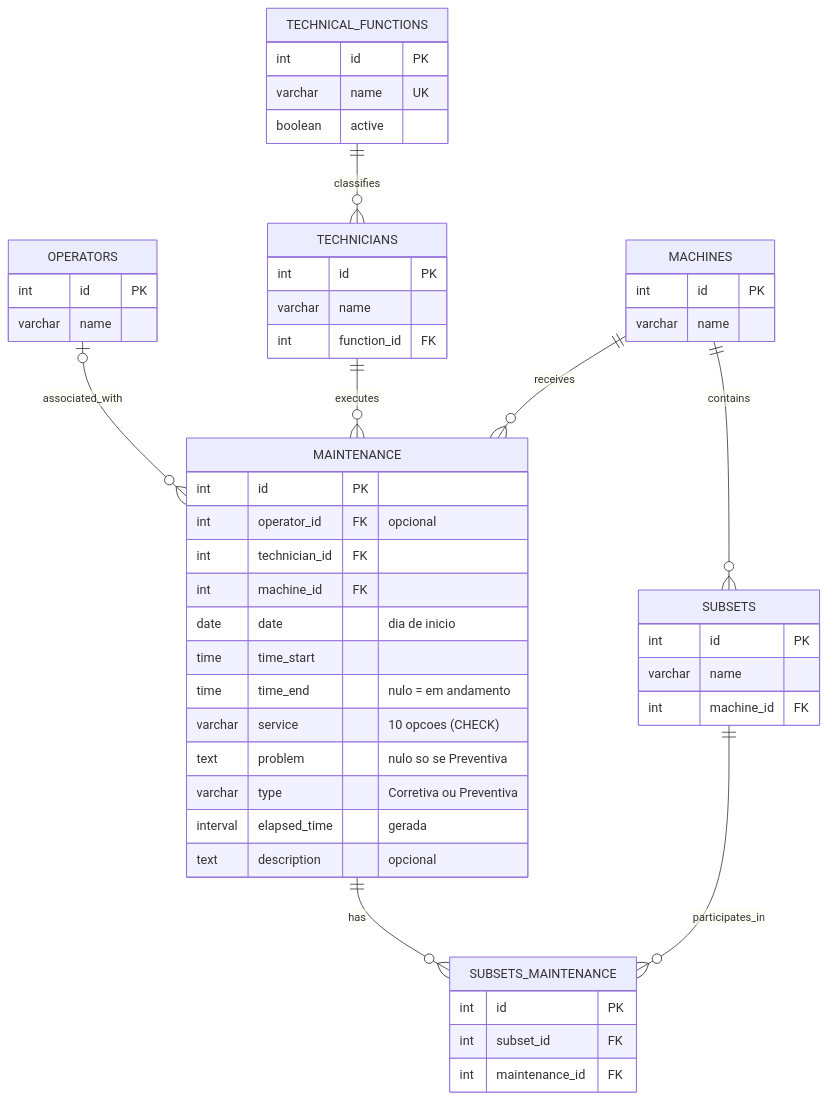
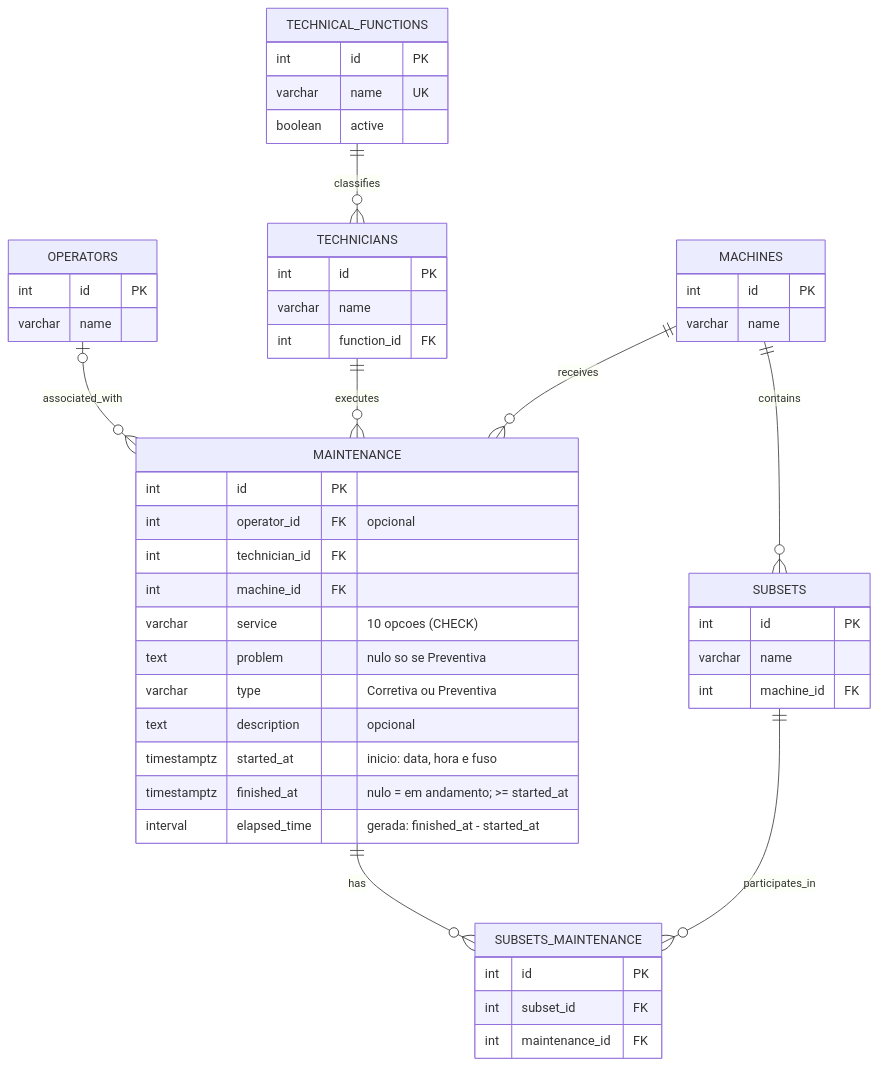
One commit to hrslv-dev/cmms-project changed the diagram in CLAUDE.md. Above: the diagram before and after it, drawn with Mermaid. The commit also changed other lines of this file and 6 other files, not shown here.

````diff
--- a/CLAUDE.md
+++ b/CLAUDE.md
@@ -115,53 +115,52 @@
 ```mermaid
 erDiagram
     TECHNICAL_FUNCTIONS ||--o{ TECHNICIANS : classifies
     OPERATORS |o--o{ MAINTENANCE : associated_with
     TECHNICIANS ||--o{ MAINTENANCE : executes
     MACHINES ||--o{ MAINTENANCE : receives
     MACHINES ||--o{ SUBSETS : contains
     MAINTENANCE ||--o{ SUBSETS_MAINTENANCE : has
     SUBSETS ||--o{ SUBSETS_MAINTENANCE : participates_in
 
     TECHNICAL_FUNCTIONS {
         int id PK
         varchar name UK
         boolean active
     }
     TECHNICIANS {
         int id PK
         varchar name
         int function_id FK
     }
     OPERATORS {
         int id PK
         varchar name
     }
     MACHINES {
         int id PK
         varchar name
     }
     SUBSETS {
         int id PK
         varchar name
         int machine_id FK
     }
     MAINTENANCE {
         int id PK
         int operator_id FK "opcional"
         int technician_id FK
         int machine_id FK
-        date date "dia de inicio"
-        time time_start
-        time time_end "nulo = em andamento"
         varchar service "10 opcoes (CHECK)"
         text problem "nulo so se Preventiva"
         varchar type "Corretiva ou Preventiva"
-        interval elapsed_time "gerada"
         text description "opcional"
+        timestamptz started_at "inicio: data, hora e fuso"
+        timestamptz finished_at "nulo = em andamento; >= started_at"
+        interval elapsed_time "gerada: finished_at - started_at"
     }
     SUBSETS_MAINTENANCE {
         int id PK
         int subset_id FK
         int maintenance_id FK
     }
 ```
````
